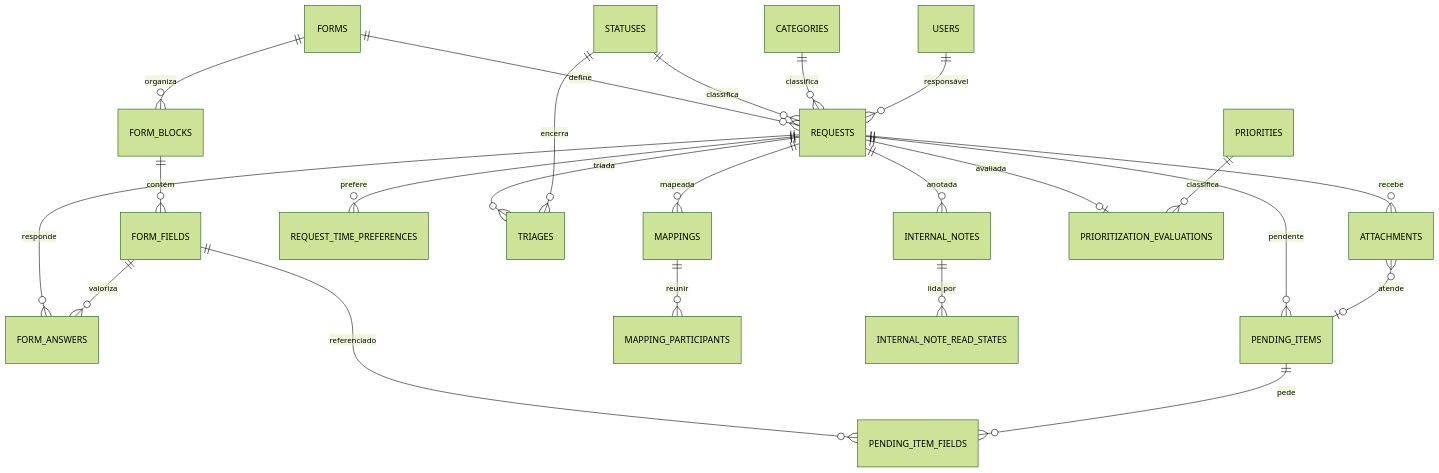
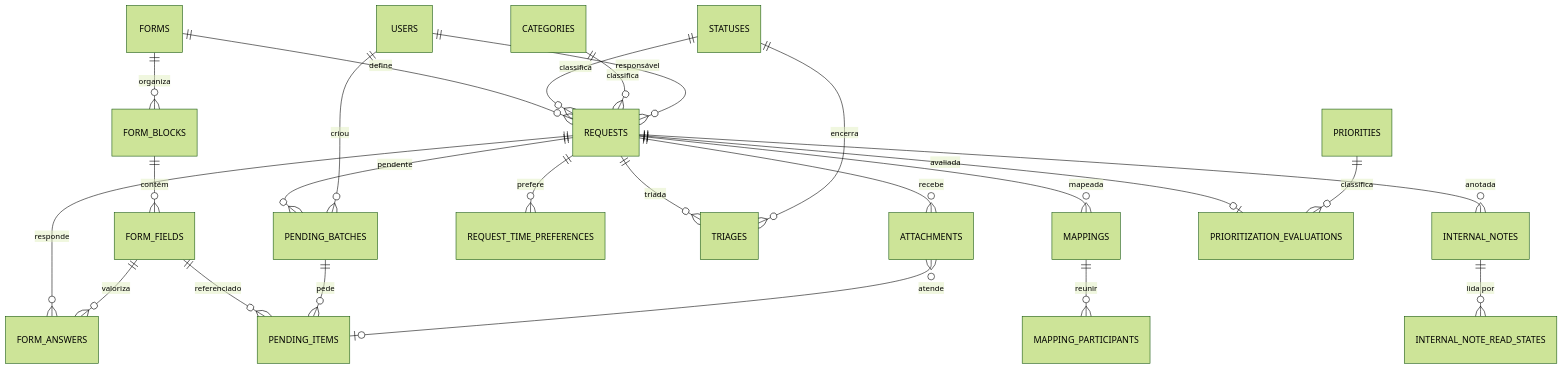
The first of 3 diagrams in docs/03-Data-Model-Diagrams.md (NEO-Kaizen/backend-novo), drawn with Mermaid (forest theme) before and after one commit. The commit also changed 10 other files, not shown here.

Commit message:
docs(data-model): apply review decisions to the schema

````diff
--- a/docs/03-Data-Model-Diagrams.md
+++ b/docs/03-Data-Model-Diagrams.md
@@ -9,25 +9,26 @@
 ```mermaid
 erDiagram
     FORMS ||--o{ FORM_BLOCKS : "organiza"
     FORM_BLOCKS ||--o{ FORM_FIELDS : "contém"
     FORMS ||--o{ REQUESTS : "define"
     REQUESTS ||--o{ FORM_ANSWERS : "responde"
     FORM_FIELDS ||--o{ FORM_ANSWERS : "valoriza"
-    FORM_FIELDS ||--o{ PENDING_ITEM_FIELDS : "referenciado"
-    REQUESTS ||--o{ PENDING_ITEMS : "pendente"
-    PENDING_ITEMS ||--o{ PENDING_ITEM_FIELDS : "pede"
+    FORM_FIELDS ||--o{ PENDING_ITEMS : "referenciado"
+    REQUESTS ||--o{ PENDING_BATCHES : "pendente"
+    PENDING_BATCHES ||--o{ PENDING_ITEMS : "pede"
+    USERS ||--o{ PENDING_BATCHES : "criou"
     REQUESTS ||--o{ ATTACHMENTS : "recebe"
     ATTACHMENTS }o--o| PENDING_ITEMS : "atende"
     REQUESTS ||--o{ REQUEST_TIME_PREFERENCES : "prefere"
     REQUESTS ||--o{ TRIAGES : "triada"
     REQUESTS ||--o{ MAPPINGS : "mapeada"
     MAPPINGS ||--o{ MAPPING_PARTICIPANTS : "reunir"
     REQUESTS ||--o{ INTERNAL_NOTES : "anotada"
     INTERNAL_NOTES ||--o{ INTERNAL_NOTE_READ_STATES : "lida por"
     REQUESTS ||--o| PRIORITIZATION_EVALUATIONS : "avaliada"
     PRIORITIES ||--o{ PRIORITIZATION_EVALUATIONS : "classifica"
     STATUSES ||--o{ REQUESTS : "classifica"
     CATEGORIES ||--o{ REQUESTS : "classifica"
     STATUSES ||--o{ TRIAGES : "encerra"
     USERS ||--o{ REQUESTS : "responsável"
 ```
````
